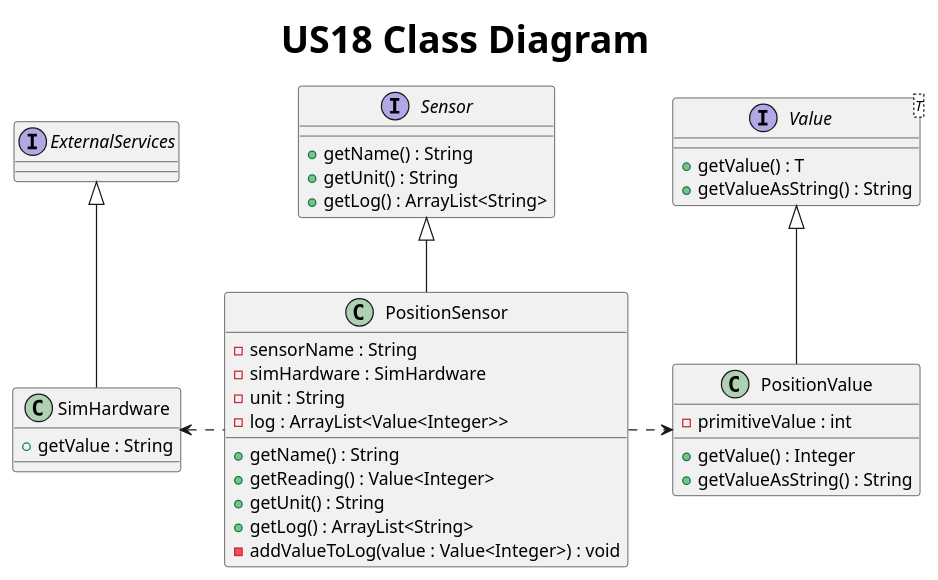
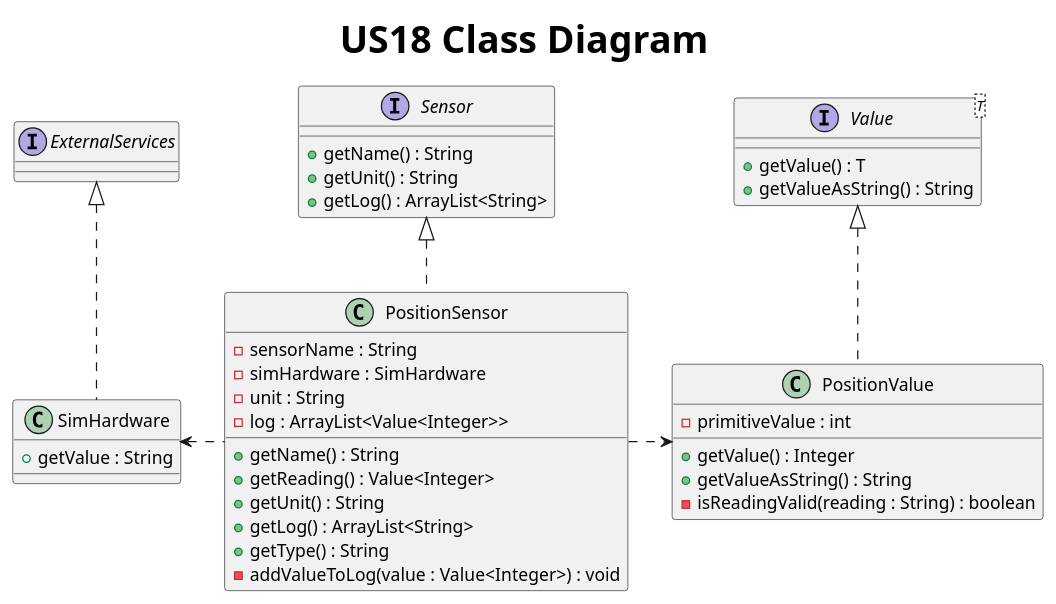
The diagram in Docs/US18/S3US18ClassDiagram.puml (AfonsoNeves77/smartHouse), drawn with PlantUML before and after one commit.

Commit message:
Altered class diagram for US18

```diff
--- a/Docs/US18/S3US18ClassDiagram.puml
+++ b/Docs/US18/S3US18ClassDiagram.puml
@@ -1,49 +1,51 @@
 @startuml
 title <size: 30> US18 Class Diagram
 
 interface Sensor {
     + getName() : String
     + getUnit() : String
     + getLog() : ArrayList<String>
 }
 
 interface Value<T> {
     + getValue() : T
     + getValueAsString() : String
 }
 
 interface ExternalServices {
 
 }
 
 class PositionSensor{
     - sensorName : String
     - simHardware : SimHardware
     - unit : String
     - log : ArrayList<Value<Integer>>
 
     + getName() : String
     + getReading() : Value<Integer>
     + getUnit() : String
     + getLog() : ArrayList<String>
+    + getType() : String
     - addValueToLog(value : Value<Integer>) : void
 }
 
 class PositionValue{
     - primitiveValue : int
 
     + getValue() : Integer
     + getValueAsString() : String
+    - isReadingValid(reading : String) : boolean
 }
 
 class SimHardware{
     + getValue : String
 }
 
-Value <|-- PositionValue
-Sensor <|-- PositionSensor
-ExternalServices <|-- SimHardware
+Value <|.. PositionValue
+Sensor <|.. PositionSensor
+ExternalServices <|.. SimHardware
 PositionSensor .right.> PositionValue
 PositionSensor .left.> SimHardware
 
 @enduml
```
